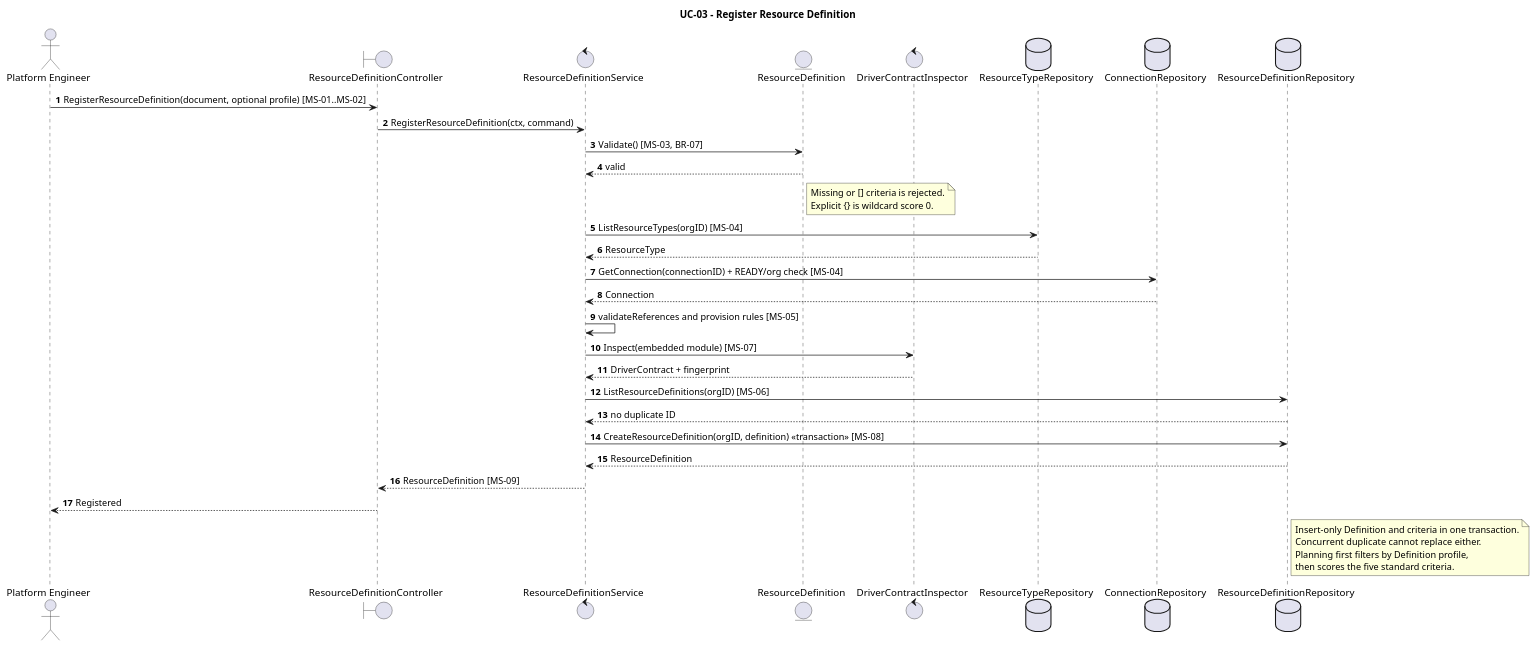
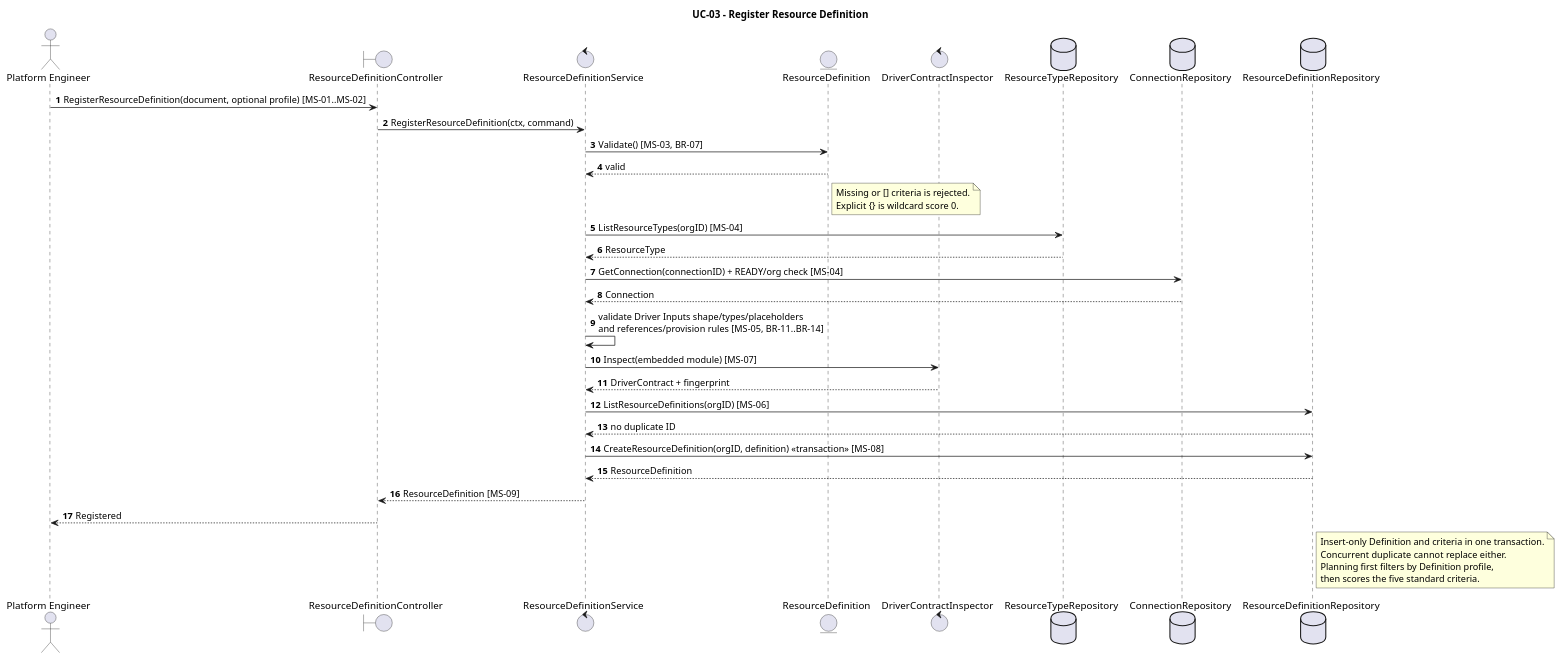
Before and after one commit to pr3s3nt/poc: the diagram in orchestrator_docs/usecase/UC-03/sequence.puml, drawn with PlantUML. The commit also changed 43 other files, not shown here.

```diff
--- a/orchestrator_docs/usecase/UC-03/sequence.puml
+++ b/orchestrator_docs/usecase/UC-03/sequence.puml
@@ -1,40 +1,40 @@
 @startuml
 title UC-03 - Register Resource Definition
 autonumber
 actor "Platform Engineer" as PE
 boundary ResourceDefinitionController as API
 control ResourceDefinitionService as Service
 entity ResourceDefinition as Validator
 control DriverContractInspector as Inspector
 database ResourceTypeRepository as TypeRepo
 database ConnectionRepository as ConnectionRepo
 database ResourceDefinitionRepository as DefinitionRepo
 
 PE -> API: RegisterResourceDefinition(document, optional profile) [MS-01..MS-02]
 API -> Service: RegisterResourceDefinition(ctx, command)
 Service -> Validator: Validate() [MS-03, BR-07]
 Validator --> Service: valid
 note right of Validator
 Missing or [] criteria is rejected.
 Explicit {} is wildcard score 0.
 end note
 Service -> TypeRepo: ListResourceTypes(orgID) [MS-04]
 TypeRepo --> Service: ResourceType
 Service -> ConnectionRepo: GetConnection(connectionID) + READY/org check [MS-04]
 ConnectionRepo --> Service: Connection
-Service -> Service: validateReferences and provision rules [MS-05]
+Service -> Service: validate Driver Inputs shape/types/placeholders\nand references/provision rules [MS-05, BR-11..BR-14]
 Service -> Inspector: Inspect(embedded module) [MS-07]
 Inspector --> Service: DriverContract + fingerprint
 Service -> DefinitionRepo: ListResourceDefinitions(orgID) [MS-06]
 DefinitionRepo --> Service: no duplicate ID
 Service -> DefinitionRepo: CreateResourceDefinition(orgID, definition) <<transaction>> [MS-08]
 DefinitionRepo --> Service: ResourceDefinition
 Service --> API: ResourceDefinition [MS-09]
 API --> PE: Registered
 note right of DefinitionRepo
 Insert-only Definition and criteria in one transaction.
 Concurrent duplicate cannot replace either.
 Planning first filters by Definition profile,
 then scores the five standard criteria.
 end note
 @enduml
```
